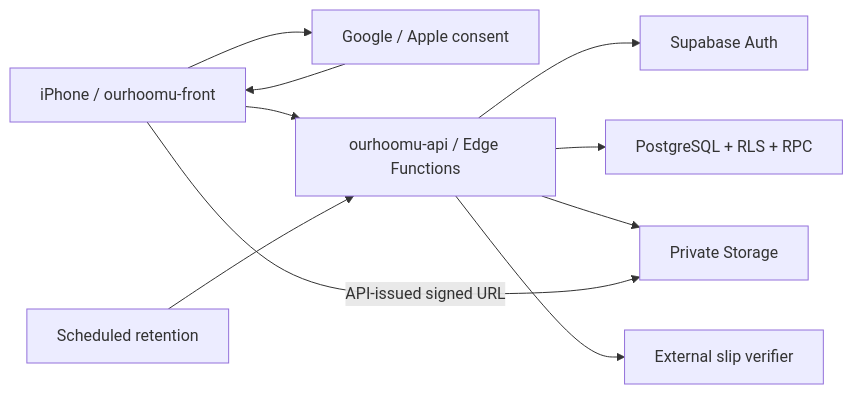
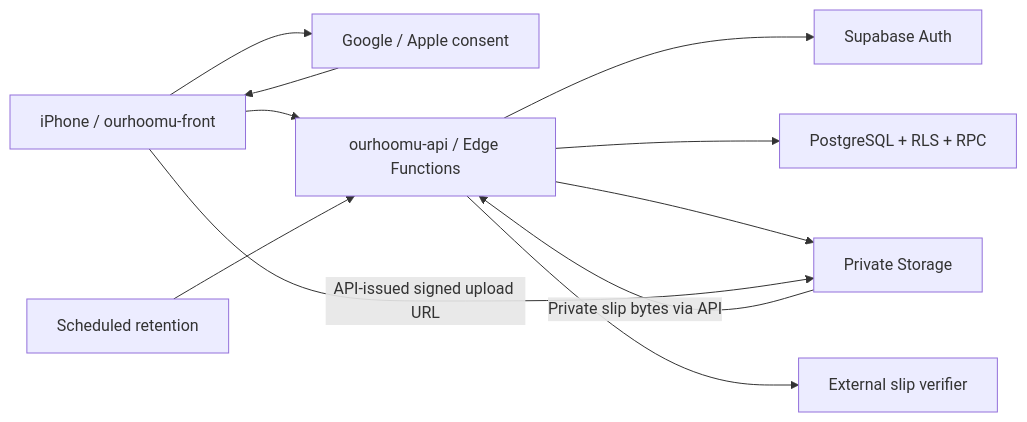
Before and after one commit to lomanotfish/ourhoomu: the diagram in docs/project/architecture.md, drawn with Mermaid. The commit also changed other lines of this file and 19 other files, not shown here.

````diff
--- a/docs/project/architecture.md
+++ b/docs/project/architecture.md
@@ -22,12 +22,13 @@
 ```mermaid
 flowchart LR
   User[iPhone / ourhoomu-front] --> Native[Google / Apple consent]
   Native --> User
   User --> API[ourhoomu-api / Edge Functions]
   API --> Auth[Supabase Auth]
   API --> DB[PostgreSQL + RLS + RPC]
   API --> Store[Private Storage]
-  User -->|API-issued signed URL| Store
+  User -->|API-issued signed upload URL| Store
+  Store -->|Private slip bytes via API| API
   API --> Provider[External slip verifier]
   Cron[Scheduled retention] --> API
 ```
````
